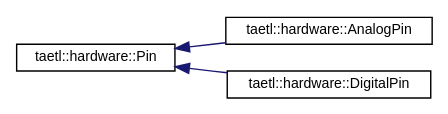
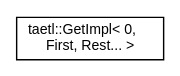
The diagram in inherit_graph_3.dot (tobanteAudio/taetl), drawn with Graphviz before and after one commit. The commit also changed 79 other files, not shown here.

```diff
--- a/inherit_graph_3.dot
+++ b/inherit_graph_3.dot
@@ -1,11 +1,7 @@
 digraph "Graphical Class Hierarchy"
 {
   edge [fontname="Helvetica",fontsize="10",labelfontname="Helvetica",labelfontsize="10"];
   node [fontname="Helvetica",fontsize="10",shape=record];
   rankdir="LR";
-  Node0 [label="taetl::hardware::Pin",height=0.2,width=0.4,color="black", fillcolor="white", style="filled",URL="$classtaetl_1_1hardware_1_1Pin.html",tooltip="Represents a physical pin on a micro controller. "];
-  Node0 -> Node1 [dir="back",color="midnightblue",fontsize="10",style="solid",fontname="Helvetica"];
-  Node1 [label="taetl::hardware::AnalogPin",height=0.2,width=0.4,color="black", fillcolor="white", style="filled",URL="$classtaetl_1_1hardware_1_1AnalogPin.html",tooltip="Represents an analog physical pin on a micro controller. "];
-  Node0 -> Node2 [dir="back",color="midnightblue",fontsize="10",style="solid",fontname="Helvetica"];
-  Node2 [label="taetl::hardware::DigitalPin",height=0.2,width=0.4,color="black", fillcolor="white", style="filled",URL="$classtaetl_1_1hardware_1_1DigitalPin.html",tooltip="Represents a digital physical pin on a micro controller. "];
+  Node0 [label="taetl::GetImpl\< 0,\l First, Rest... \>",height=0.2,width=0.4,color="black", fillcolor="white", style="filled",URL="$structtaetl_1_1GetImpl_3_010_00_01First_00_01Rest_8_8_8_01_4.html"];
 }
```
